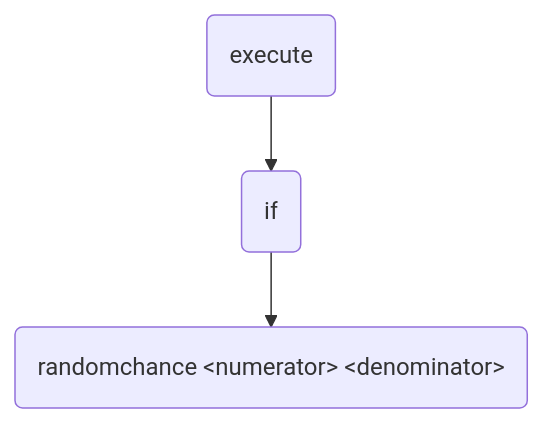
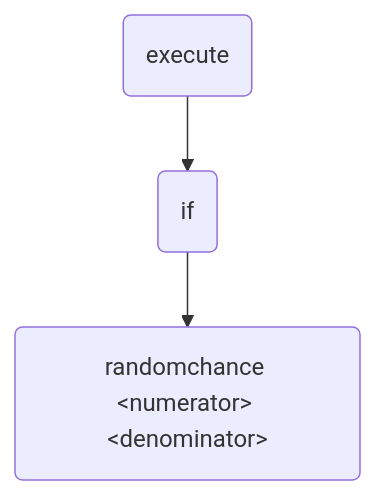
One commit to qheilmann/CommandAPI-docs changed the first of 2 diagrams in docs/en/internal/brigadier-plus-commandapi.md. Above: the diagram before and after it, drawn with Mermaid. The commit also changed other lines of this file and 9 other files, not shown here.

Commit message:
feat: replace some mathjax with mermaid

````diff
--- a/docs/en/internal/brigadier-plus-commandapi.md
+++ b/docs/en/internal/brigadier-plus-commandapi.md
@@ -74,5 +74,5 @@
 ```mermaid
 graph TD
     A(execute) --> B(if)
-    B --> C("randomchance&nbsp;&lt;numerator&gt;&nbsp;&lt;denominator&gt;")
+    B --> C("randomchance &lt;numerator&gt; &lt;denominator&gt;")
 ```
````
